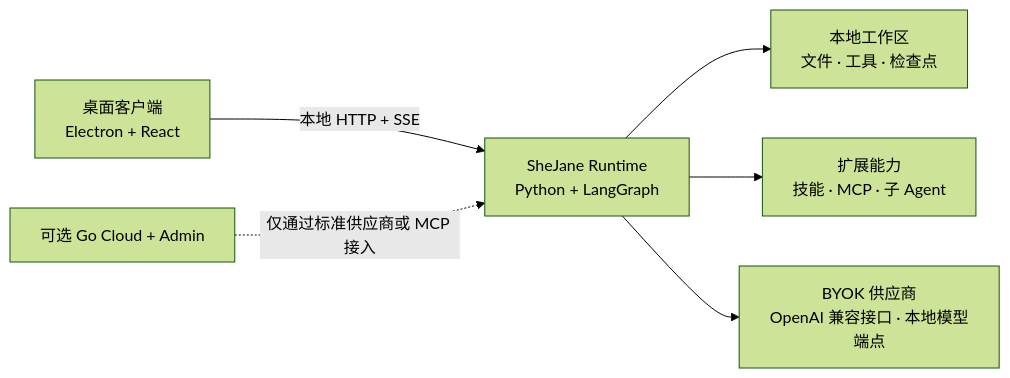
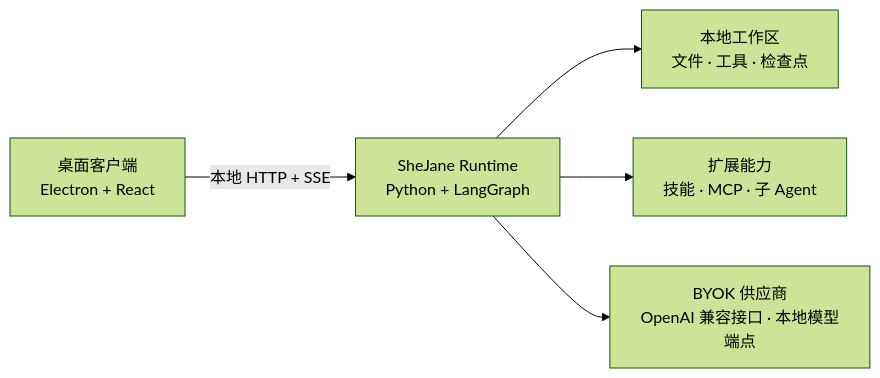
One commit to jimmyrogue/SheJane changed the diagram in README.zh-CN.md. Above: the diagram before and after it, drawn with Mermaid (forest theme). The commit also changed other lines of this file and 13 other files, not shown here.

Commit message:
docs(architecture): make standalone harness canonical

````diff
--- a/README.zh-CN.md
+++ b/README.zh-CN.md
@@ -29,8 +29,7 @@
 ```mermaid
 flowchart LR
     D["桌面客户端<br/>Electron + React"] -->|"本地 HTTP + SSE"| R["SheJane Runtime<br/>Python + LangGraph"]
     R --> W["本地工作区<br/>文件 · 工具 · 检查点"]
     R --> E["扩展能力<br/>技能 · MCP · 子 Agent"]
     R --> B["BYOK 供应商<br/>OpenAI 兼容接口 · 本地模型端点"]
-    C["可选 Go Cloud + Admin"] -. "仅通过标准供应商或 MCP 接入" .-> R
 ```
````
